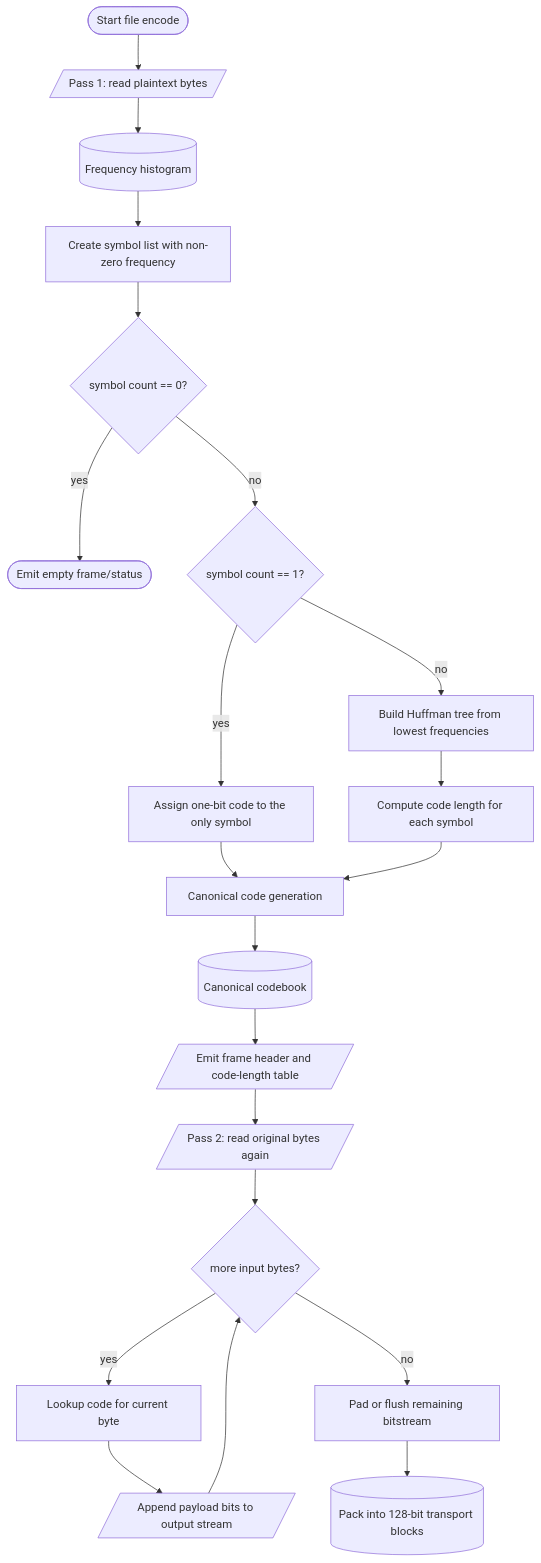
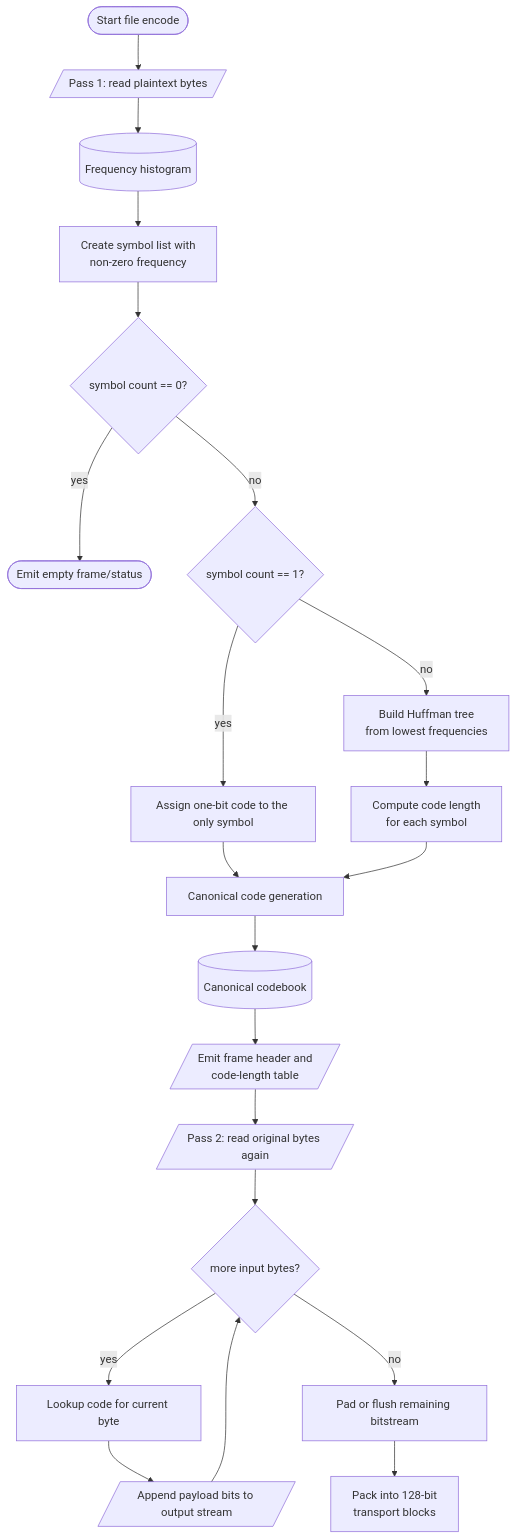
Before and after one commit to ngoquocan139/AES_huffman_all6: the fourth of 8 diagrams in docs/huffman_aes_riscv_flowchart_spec.md, drawn with Mermaid. The commit also changed other lines of this file and 17 other files, not shown here.

````diff
--- a/docs/huffman_aes_riscv_flowchart_spec.md
+++ b/docs/huffman_aes_riscv_flowchart_spec.md
@@ -191,23 +186,23 @@
 ```mermaid
 flowchart TD
     A(["Start file encode"]) --> B[/"Pass 1: read plaintext bytes"/]
     B --> C[("Frequency histogram")]
-    C --> D["Create symbol list with non-zero frequency"]
+    C --> D["Create symbol list with<br/>non-zero frequency"]
     D --> E{"symbol count == 0?"}
     E -->|"yes"| F(["Emit empty frame/status"])
     E -->|"no"| G{"symbol count == 1?"}
     G -->|"yes"| H["Assign one-bit code to the only symbol"]
-    G -->|"no"| I["Build Huffman tree from lowest frequencies"]
-    I --> J["Compute code length for each symbol"]
+    G -->|"no"| I["Build Huffman tree<br/>from lowest frequencies"]
+    I --> J["Compute code length<br/>for each symbol"]
     H --> K["Canonical code generation"]
     J --> K
     K --> L[("Canonical codebook")]
-    L --> M[/"Emit frame header and code-length table"/]
+    L --> M[/"Emit frame header and<br/>code-length table"/]
     M --> N[/"Pass 2: read original bytes again"/]
     N --> O{"more input bytes?"}
     O -->|"yes"| P["Lookup code for current byte"]
     P --> Q[/"Append payload bits to output stream"/]
     Q --> O
     O -->|"no"| R["Pad or flush remaining bitstream"]
-    R --> S[("Pack into 128-bit transport blocks")]
+    R --> S["Pack into 128-bit<br/>transport blocks"]
 ```
````
